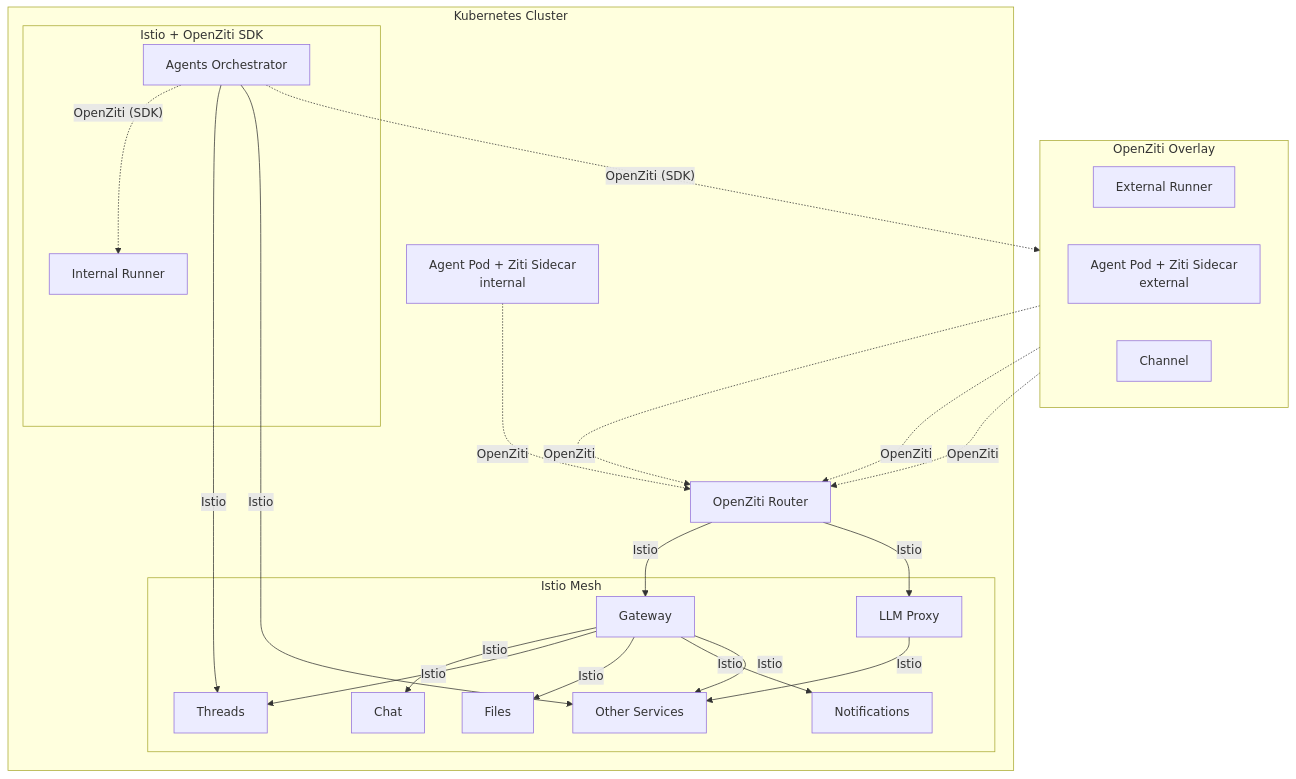
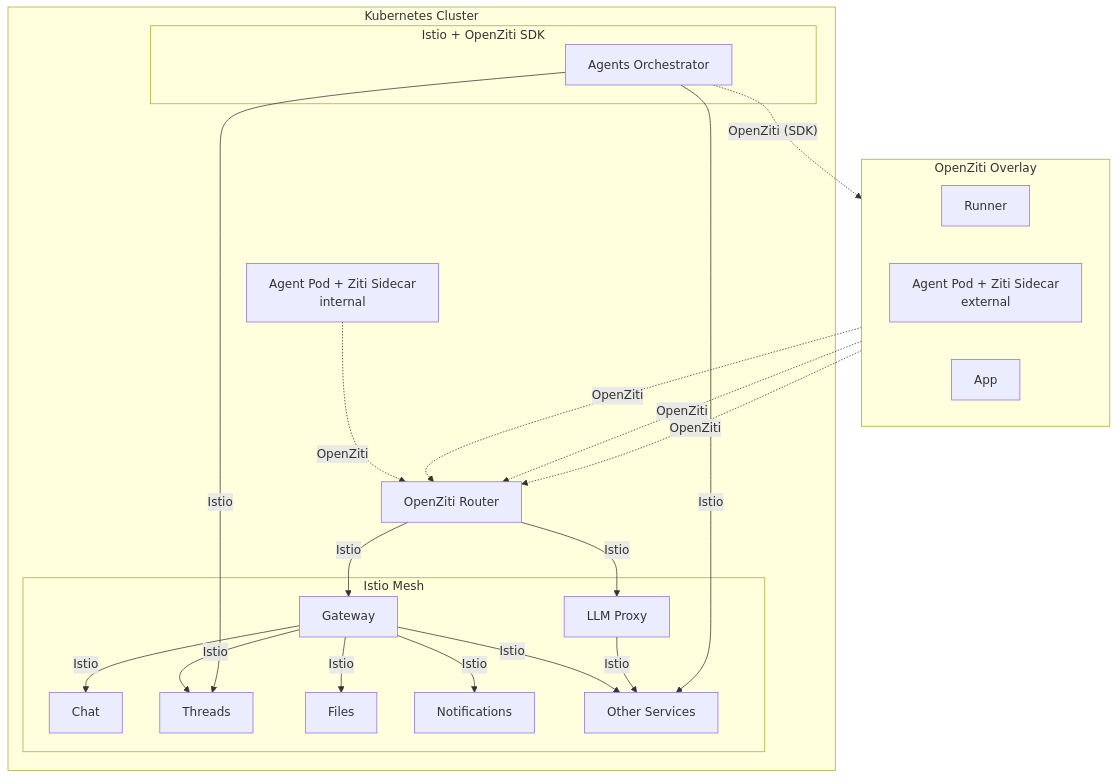
Before and after one commit to agynio/architecture: the second of 2 diagrams in architecture/authn.md, drawn with Mermaid. The commit also changed other lines of this file and 19 other files, not shown here.

First line of the commit message:
Remove channels, unify runner provisioning, add per-runner OpenZiti addressing

````diff
--- a/architecture/authn.md
+++ b/architecture/authn.md
@@ -140,42 +122,40 @@
 ```mermaid
 graph TB
     subgraph OpenZiti Overlay
         direction LR
-        ExtRunner[External Runner]
+        Runner[Runner]
         AgentExt[Agent Pod + Ziti Sidecar<br/>external]
-        Channel[Channel]
+        App[App]
     end
 
     subgraph Kubernetes Cluster
         subgraph Istio Mesh
             GW[Gateway]
             Chat[Chat]
             Threads[Threads]
             Files[Files]
             Notif[Notifications]
             LLMProxy[LLM Proxy]
             Other[Other Services]
         end
 
         subgraph "Istio + OpenZiti SDK"
             Orch[Agents Orchestrator]
-            IntRunner[Internal Runner]
         end
 
         AgentInt[Agent Pod + Ziti Sidecar<br/>internal]
         ZR[OpenZiti Router]
     end
 
-    ExtRunner -.->|OpenZiti| ZR
+    Runner -.->|OpenZiti| ZR
     AgentExt -.->|OpenZiti| ZR
-    Channel -.->|OpenZiti| ZR
+    App -.->|OpenZiti| ZR
     AgentInt -.->|OpenZiti| ZR
-    Orch -.->|"OpenZiti (SDK)"| IntRunner
-    Orch -.->|"OpenZiti (SDK)"| ExtRunner
+    Orch -.->|"OpenZiti (SDK)"| Runner
 
     ZR -->|Istio| GW
     ZR -->|Istio| LLMProxy
     GW -->|Istio| Chat & Threads & Files & Notif & Other
     LLMProxy -->|Istio| Other
     Orch -->|Istio| Threads & Other
 ```
````
